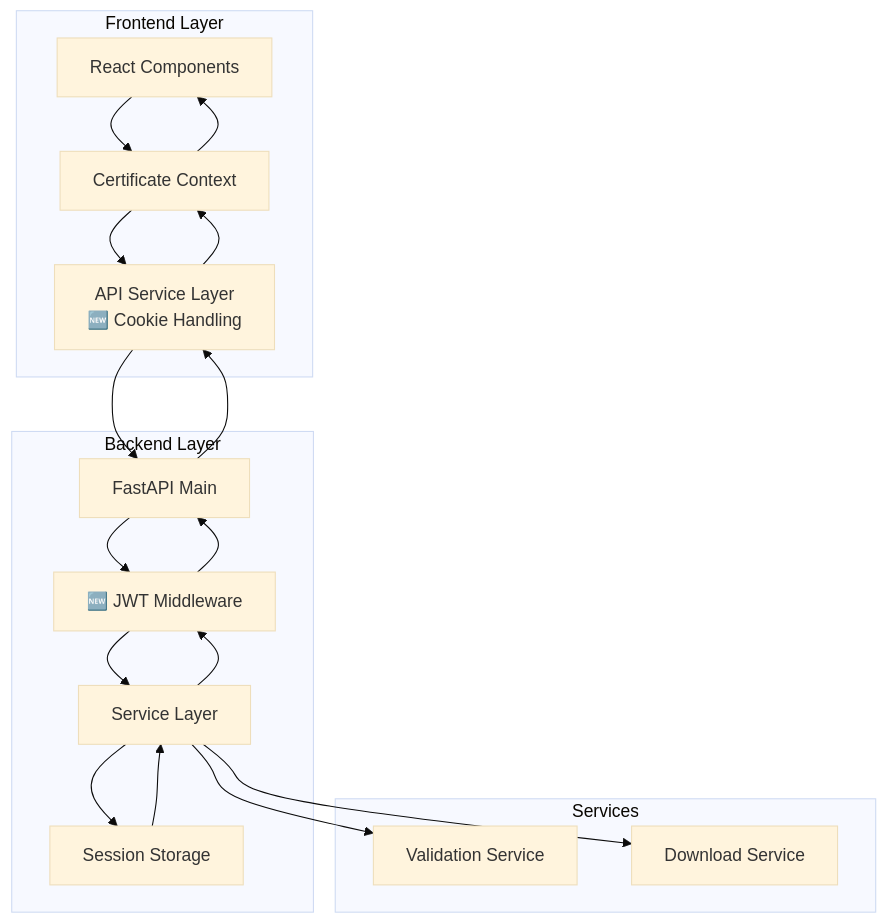
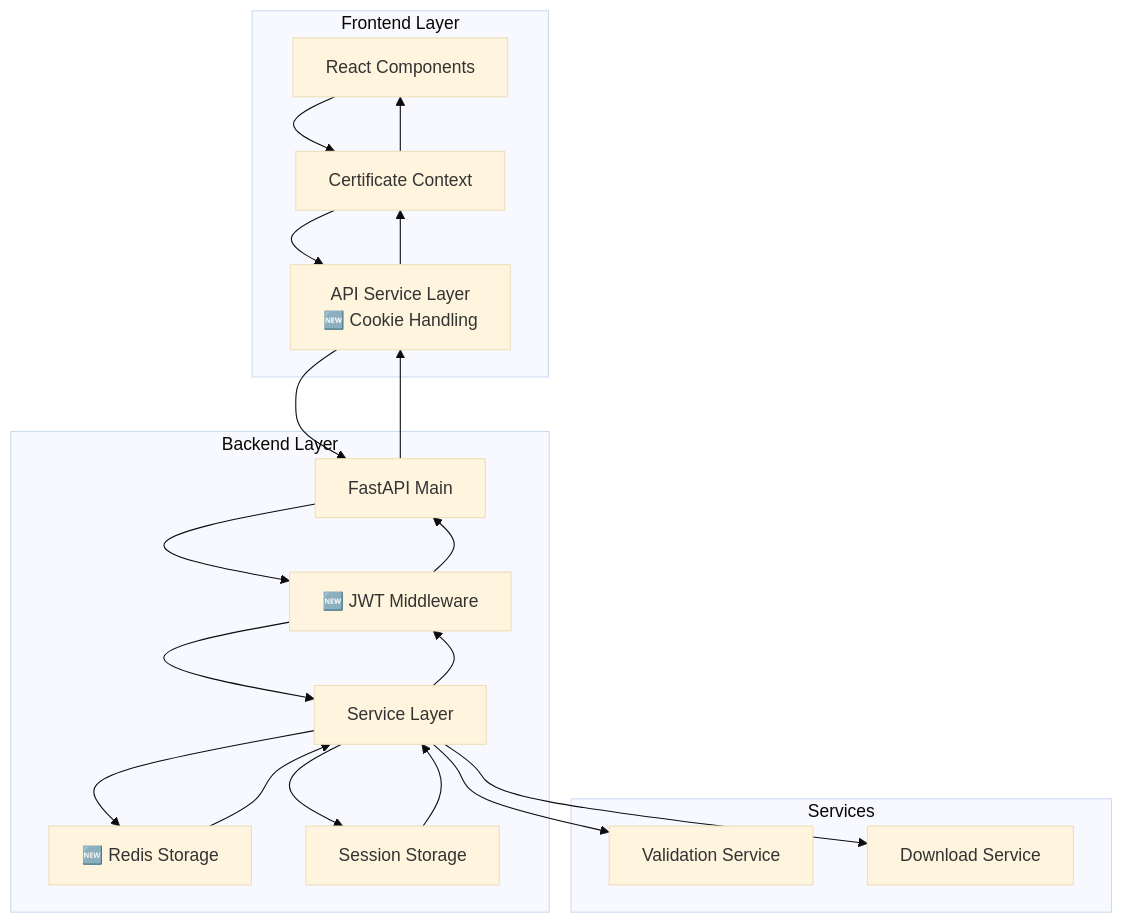
The tenth of 13 diagrams in TECHNICAL.md (fuhdan/certificate-tools), drawn with Mermaid (base theme) before and after one commit. The commit also changed other lines of this file and 1 other file, not shown here.

````diff
--- a/TECHNICAL.md
+++ b/TECHNICAL.md
@@ -914,35 +1074,38 @@
 ```mermaid
 graph TD
     subgraph "Frontend Layer"
         UI[React Components]
         CTX[Certificate Context]
         API[API Service Layer<br/>🆕 Cookie Handling]
     end
     
     subgraph "Backend Layer"
         MAIN[FastAPI Main]
         JWT[🆕 JWT Middleware]
         SVC[Service Layer]
+        REDIS[🆕 Redis Storage]
         STORE[Session Storage]
     end
     
     subgraph "Services"
         VS[Validation Service]
         DS[Download Service]
     end
     
     UI --> CTX
     CTX --> API
     API --> MAIN
     MAIN --> JWT
     JWT --> SVC
     SVC --> VS
     SVC --> DS
+    SVC --> REDIS
     SVC --> STORE
+    REDIS --> SVC
     STORE --> SVC
     SVC --> JWT
     JWT --> MAIN
     MAIN --> API
     API --> CTX
     CTX --> UI
 ```
````
